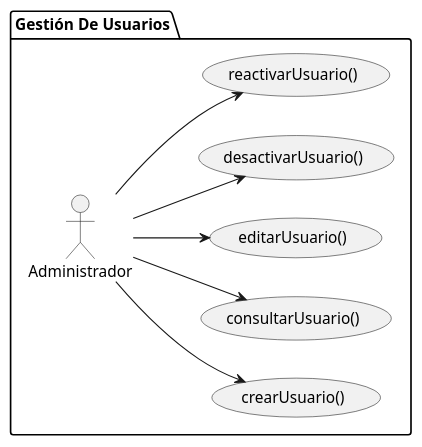
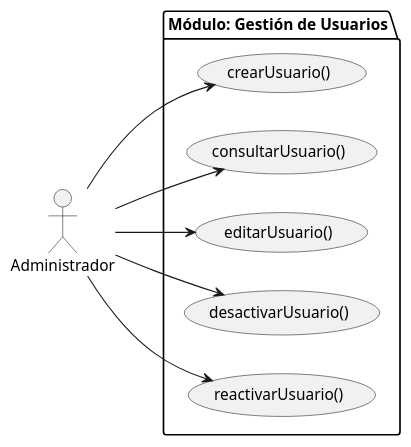
The diagram in UML/00-requisitos/01-actores-casosDeUso/00-actores/Administrador/DdCdU-administrador.puml (aeRomeroz/pyTicketing), drawn with PlantUML before and after one commit. The commit also changed 14 other files, not shown here.

First line of the commit message:
refactor(casos-de-uso): estandarizar diagramas de casos de uso y relaciones UML

```diff
--- a/UML/00-requisitos/01-actores-casosDeUso/00-actores/Administrador/DdCdU-administrador.puml
+++ b/UML/00-requisitos/01-actores-casosDeUso/00-actores/Administrador/DdCdU-administrador.puml
@@ -1,23 +1,21 @@
-@startuml diagrama-casos-uso-administrador
+@startuml DdCdU-administrador
 
 left to right direction
 
-package "Gestión De Usuarios" {
+actor "Administrador" as administrador
 
-    actor "Administrador" as administrador
-
+package "Módulo: Gestión de Usuarios" {
     usecase crearUsuario as "crearUsuario()"
     usecase consultarUsuario as "consultarUsuario()"
     usecase editarUsuario as "editarUsuario()"
     usecase desactivarUsuario as "desactivarUsuario()"
     usecase reactivarUsuario as "reactivarUsuario()"
- 
 }
 
 administrador --> crearUsuario
 administrador --> consultarUsuario
 administrador --> editarUsuario
 administrador --> desactivarUsuario
 administrador --> reactivarUsuario
 
 @enduml
```
